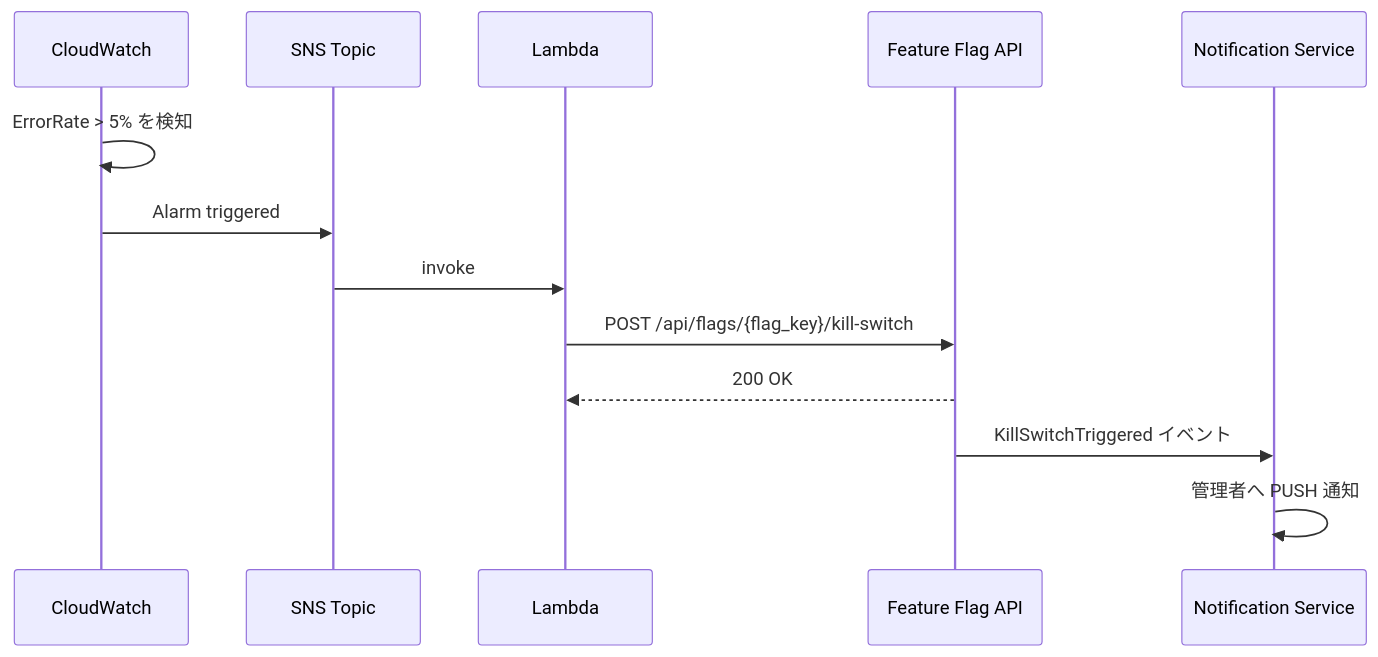
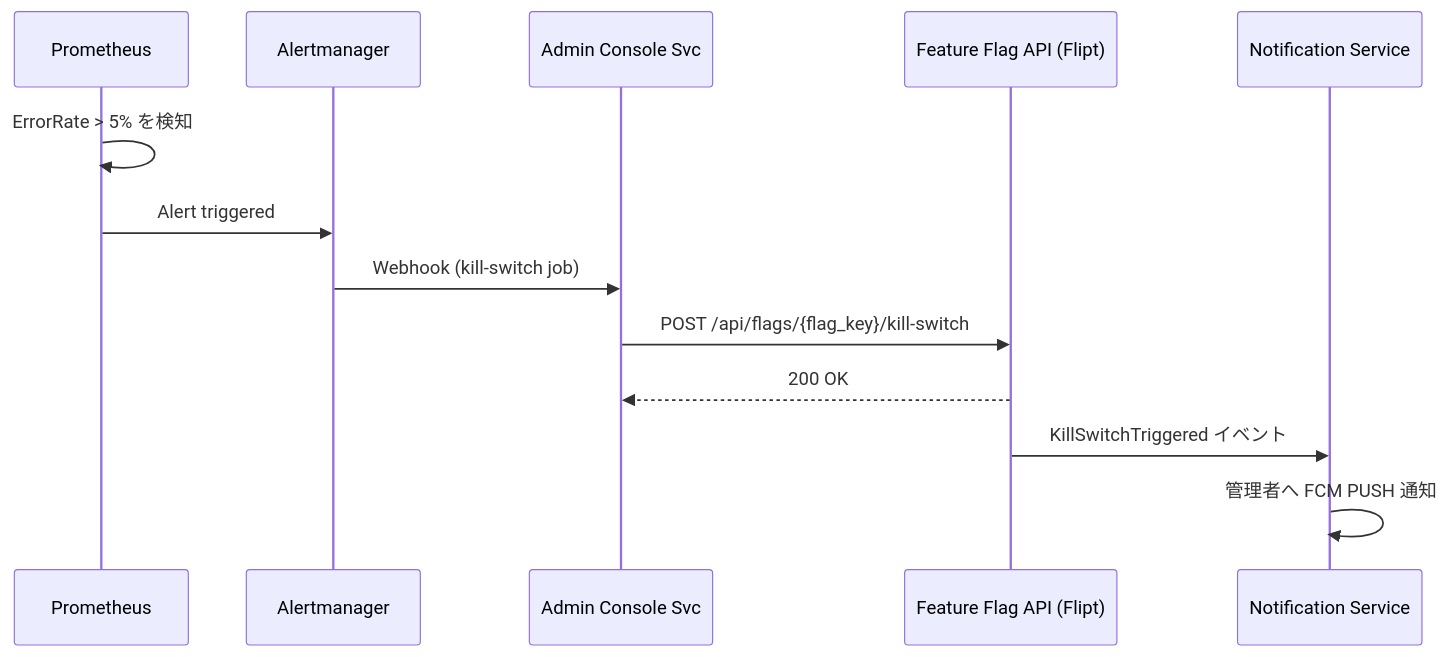
The diagram in docs/features/permission/feature-flags.md (Willen-Federation/Recerdo-Developers-Docs), drawn with Mermaid before and after one commit. The commit also changed other lines of this file and 44 other files, not shown here.

````diff
--- a/docs/features/permission/feature-flags.md
+++ b/docs/features/permission/feature-flags.md
@@ -215,16 +215,16 @@
 ```mermaid
 sequenceDiagram
-    participant CW as CloudWatch
-    participant SNS as SNS Topic
-    participant Lambda as Lambda
-    participant FF as Feature Flag API
+    participant Prom as Prometheus
+    participant AM as Alertmanager
+    participant Admin as Admin Console Svc
+    participant FF as Feature Flag API (Flipt)
     participant NS as Notification Service
 
-    CW->>CW: ErrorRate > 5% を検知
-    CW->>SNS: Alarm triggered
-    SNS->>Lambda: invoke
-    Lambda->>FF: POST /api/flags/{flag_key}/kill-switch
-    FF-->>Lambda: 200 OK
+    Prom->>Prom: ErrorRate > 5% を検知
+    Prom->>AM: Alert triggered
+    AM->>Admin: Webhook (kill-switch job)
+    Admin->>FF: POST /api/flags/{flag_key}/kill-switch
+    FF-->>Admin: 200 OK
     FF->>NS: KillSwitchTriggered イベント
-    NS->>NS: 管理者へ PUSH 通知
+    NS->>NS: 管理者へ FCM PUSH 通知
 ```
````
